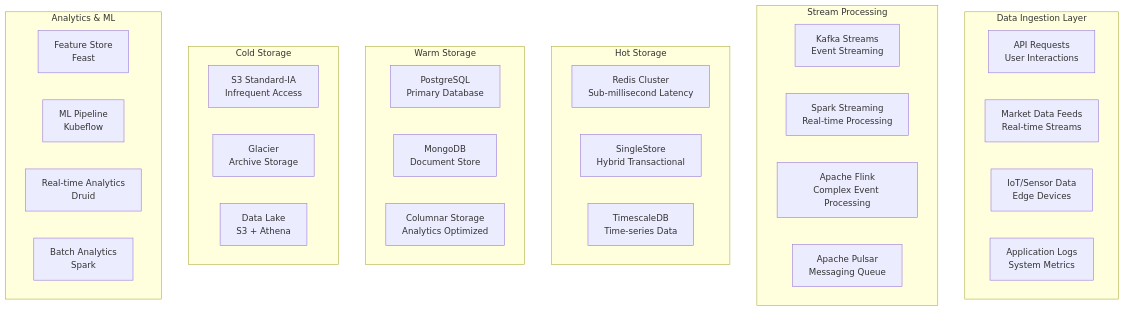
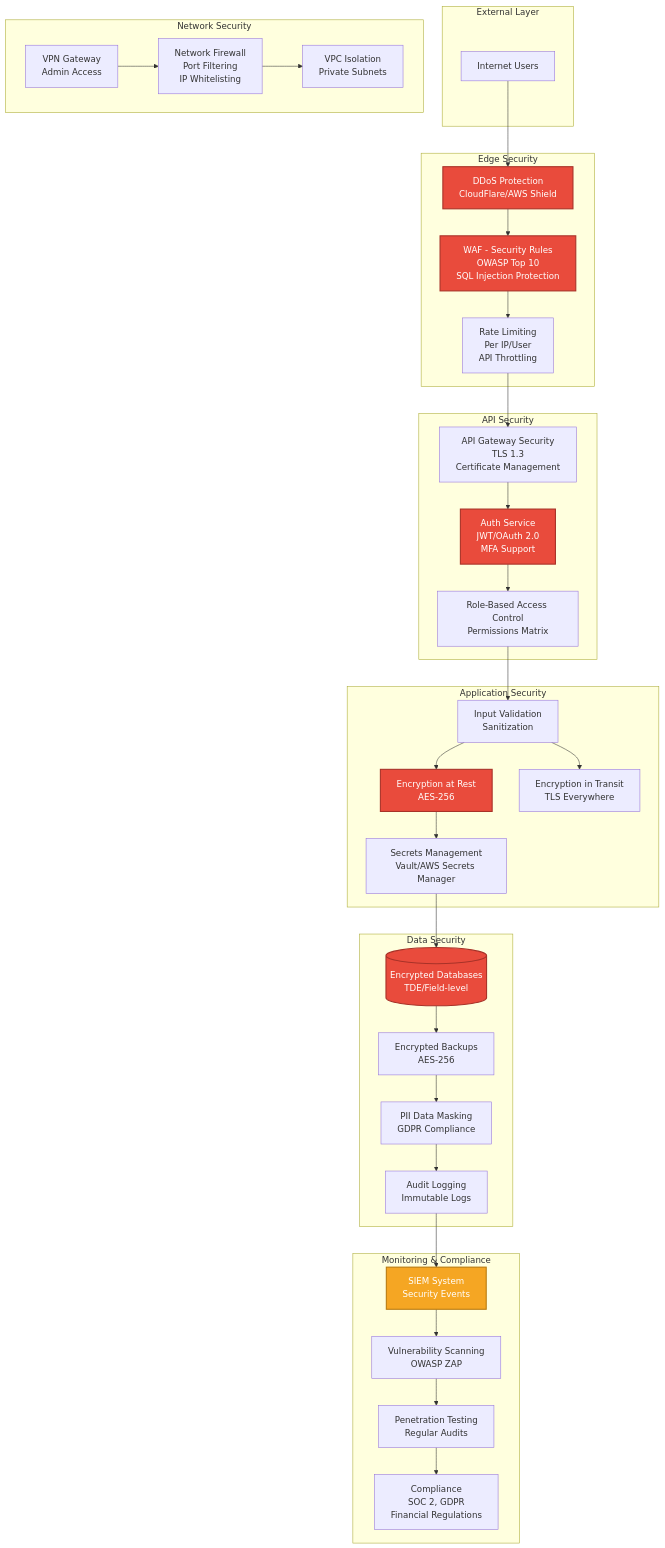
One commit to amar01vidality/Chat_System_documention_And_Architecture- changed the fifth of 10 diagrams in architecture.md. Above: the diagram before and after it, drawn with Mermaid. The commit also changed other lines of this file, not shown here.

````diff
--- a/architecture.md
+++ b/architecture.md
@@ -301,41 +457,78 @@
 ```mermaid
-graph TD
-    subgraph "Data Ingestion Layer"
-        API_DATA[API Requests<br/>User Interactions]
-        MARKET_FEED[Market Data Feeds<br/>Real-time Streams]
-        IOT_DATA[IoT/Sensor Data<br/>Edge Devices]
-        LOG_DATA[Application Logs<br/>System Metrics]
+graph TB
+    subgraph "External Layer"
+        INTERNET[Internet Users]
     end
 
-    subgraph "Stream Processing"
-        KAFKA_STREAM[Kafka Streams<br/>Event Streaming]
-        SPARK_STREAM[Spark Streaming<br/>Real-time Processing]
-        FLINK[Apache Flink<br/>Complex Event Processing]
-        PULSAR[Apache Pulsar<br/>Messaging Queue]
+    subgraph "Edge Security"
+        DDoS[DDoS Protection<br/>CloudFlare/AWS Shield]
+        WAF_SEC[WAF - Security Rules<br/>OWASP Top 10<br/>SQL Injection Protection]
+        RATE_LIMIT[Rate Limiting<br/>Per IP/User<br/>API Throttling]
     end
 
-    subgraph "Hot Storage"
-        REDIS_HOT[Redis Cluster<br/>Sub-millisecond Latency]
-        MEMSQL[SingleStore<br/>Hybrid Transactional]
-        TIMESCALE[TimescaleDB<br/>Time-series Data]
+    subgraph "Network Security"
+        VPN[VPN Gateway<br/>Admin Access]
+        FIREWALL[Network Firewall<br/>Port Filtering<br/>IP Whitelisting]
+        VPC[VPC Isolation<br/>Private Subnets]
     end
 
-    subgraph "Warm Storage"
-        POSTGRES_WARM[PostgreSQL<br/>Primary Database]
-        MONGO_WARM[MongoDB<br/>Document Store]
-        COLUMNAR[Columnar Storage<br/>Analytics Optimized]
+    subgraph "API Security"
+        API_GW_SEC[API Gateway Security<br/>TLS 1.3<br/>Certificate Management]
+        AUTH_SERVICE[Auth Service<br/>JWT/OAuth 2.0<br/>MFA Support]
+        RBAC[Role-Based Access Control<br/>Permissions Matrix]
     end
 
-    subgraph "Cold Storage"
-        S3_COLD[S3 Standard-IA<br/>Infrequent Access]
-        GLACIER_COLD[Glacier<br/>Archive Storage]
-        DATA_LAKE[Data Lake<br/>S3 + Athena]
+    subgraph "Application Security"
+        INPUT_VALID[Input Validation<br/>Sanitization]
+        ENCRYPT[Encryption at Rest<br/>AES-256]
+        ENCRYPT_TRANSIT[Encryption in Transit<br/>TLS Everywhere]
+        SECRETS[Secrets Management<br/>Vault/AWS Secrets Manager]
     end
 
-    subgraph "Analytics & ML"
-        FEATURE_STORE[Feature Store<br/>Feast]
-        ML_PIPELINE[ML Pipeline<br/>Kubeflow]
-        REAL_TIME_ANALYTICS[Real-time Analytics<br/>Druid]
-        BATCH_ANALYTICS[Batch Analytics<br/>Spark]
+    subgraph "Data Security"
+        DB_ENCRYPT[(Encrypted Databases<br/>TDE/Field-level)]
+        BACKUP_ENCRYPT[Encrypted Backups<br/>AES-256]
+        PII_MASKING[PII Data Masking<br/>GDPR Compliance]
+        AUDIT_LOG[Audit Logging<br/>Immutable Logs]
     end
+
+    subgraph "Monitoring & Compliance"
+        SIEM[SIEM System<br/>Security Events]
+        VULN_SCAN[Vulnerability Scanning<br/>OWASP ZAP]
+        PEN_TEST[Penetration Testing<br/>Regular Audits]
+        COMPLIANCE[Compliance<br/>SOC 2, GDPR<br/>Financial Regulations]
+    end
+
+    INTERNET --> DDoS
+    DDoS --> WAF_SEC
+    WAF_SEC --> RATE_LIMIT
+    RATE_LIMIT --> API_GW_SEC
+    
+    VPN --> FIREWALL
+    FIREWALL --> VPC
+    
+    API_GW_SEC --> AUTH_SERVICE
+    AUTH_SERVICE --> RBAC
+    RBAC --> INPUT_VALID
+    
+    INPUT_VALID --> ENCRYPT
+    INPUT_VALID --> ENCRYPT_TRANSIT
+    ENCRYPT --> SECRETS
+    
+    SECRETS --> DB_ENCRYPT
+    DB_ENCRYPT --> BACKUP_ENCRYPT
+    BACKUP_ENCRYPT --> PII_MASKING
+    PII_MASKING --> AUDIT_LOG
+    
+    AUDIT_LOG --> SIEM
+    SIEM --> VULN_SCAN
+    VULN_SCAN --> PEN_TEST
+    PEN_TEST --> COMPLIANCE
+    
+    style DDoS fill:#E94B3C,stroke:#A83228,stroke-width:2px,color:#fff
+    style WAF_SEC fill:#E94B3C,stroke:#A83228,stroke-width:2px,color:#fff
+    style AUTH_SERVICE fill:#E94B3C,stroke:#A83228,stroke-width:2px,color:#fff
+    style ENCRYPT fill:#E94B3C,stroke:#A83228,stroke-width:2px,color:#fff
+    style DB_ENCRYPT fill:#E94B3C,stroke:#A83228,stroke-width:2px,color:#fff
+    style SIEM fill:#F5A623,stroke:#B87A0F,stroke-width:2px,color:#fff
 ```
````
